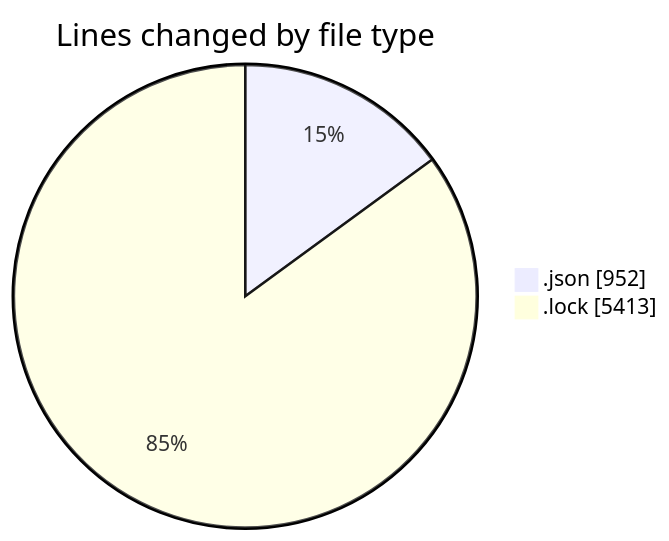
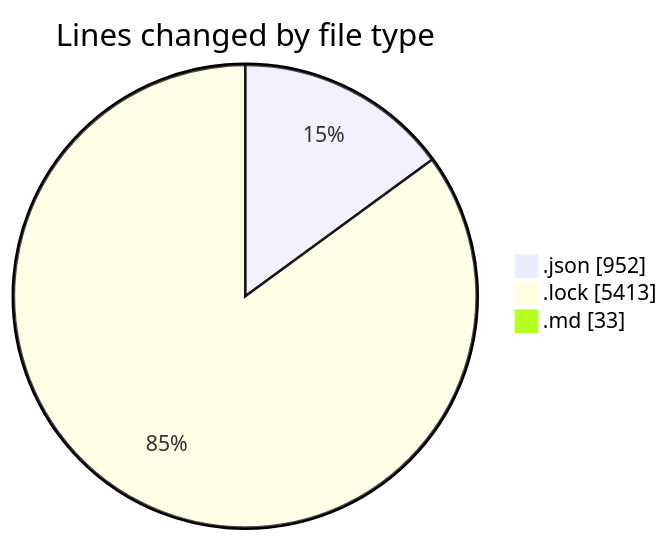
The first of 2 diagrams in 2025-08-11/ribbon/README.md (EIIisD/code-tracking), drawn with Mermaid before and after one commit. The commit also changed other lines of this file and 1 other file, not shown here.

````diff
--- a/2025-08-11/ribbon/README.md
+++ b/2025-08-11/ribbon/README.md
@@ -22,6 +23,7 @@
 ```mermaid
 pie showData
 title Lines changed by file type
 ".json" : 952
 ".lock" : 5413
+".md" : 33
 ```
````
